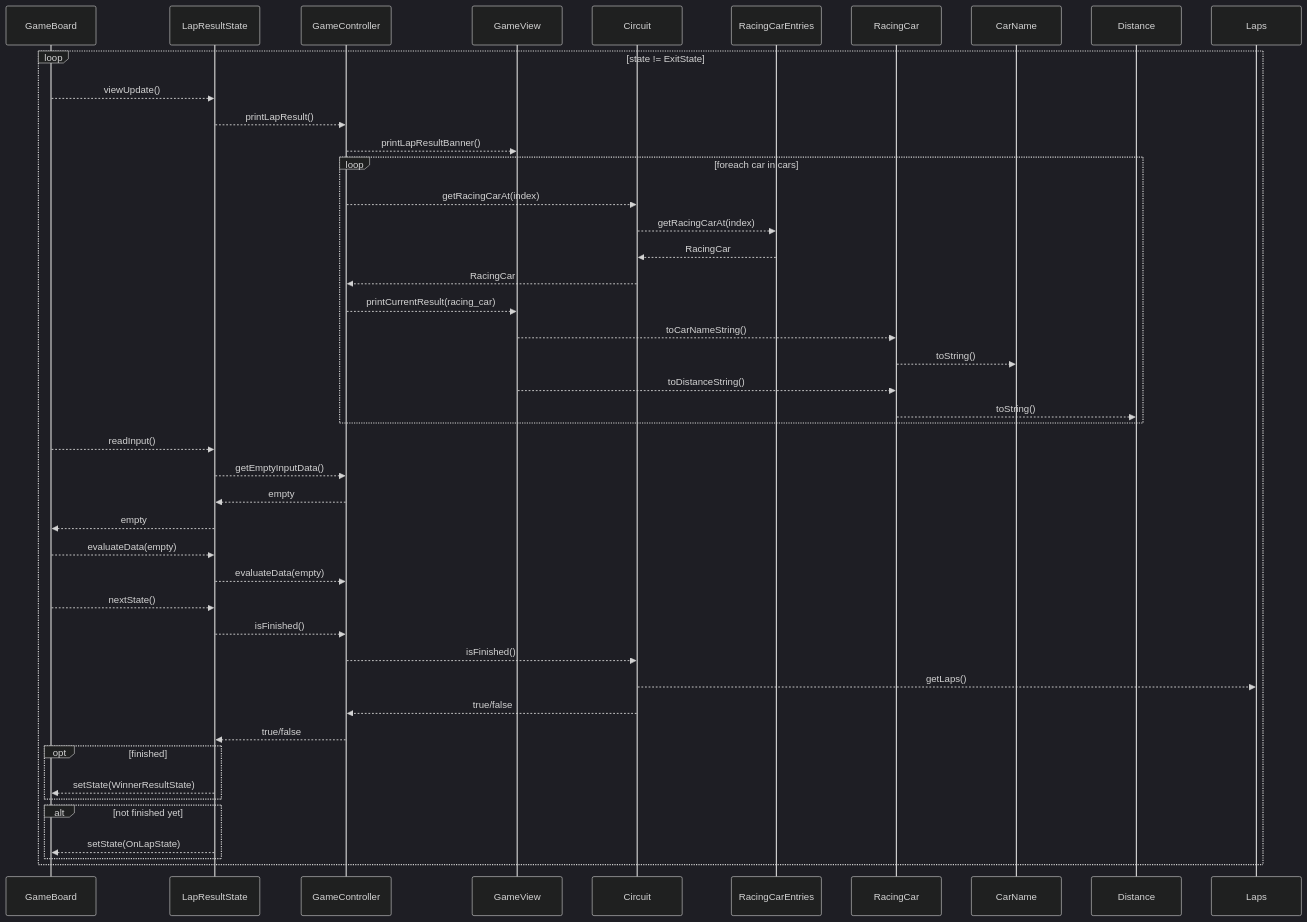
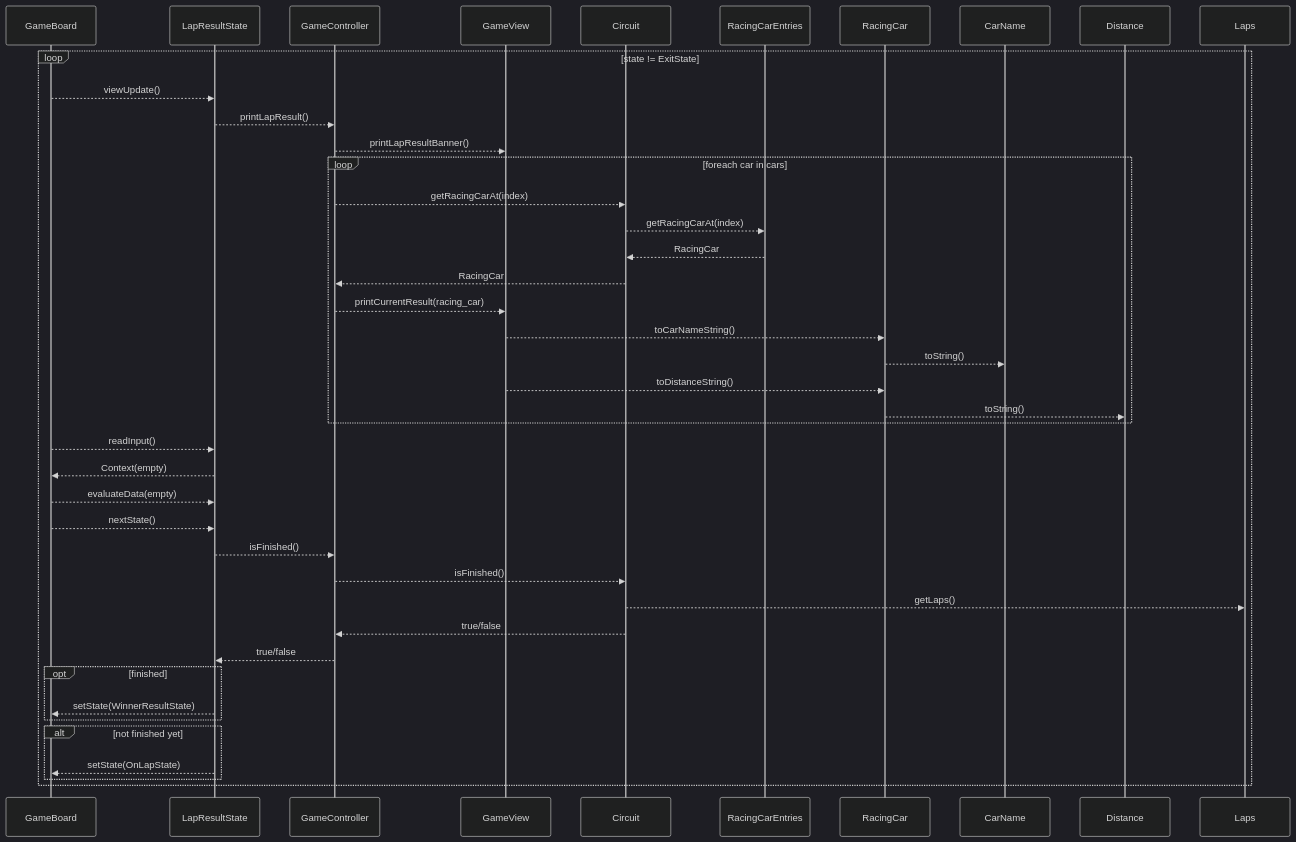
The sixth of 8 diagrams in docs/sequence_diagram.md (digiry/java-racingcar-precourse), drawn with Mermaid (dark theme) before and after one commit. The commit also changed other lines of this file and 2 other files, not shown here.

Commit message:
docs: remove getEmptyInputData

````diff
--- a/docs/sequence_diagram.md
+++ b/docs/sequence_diagram.md
@@ -204,43 +200,40 @@
 ```mermaid
 sequenceDiagram
     loop state != ExitState
         GameBoard -->> LapResultState : viewUpdate()
         LapResultState -->> GameController : printLapResult()
         GameController -->> GameView : printLapResultBanner()
 
         loop foreach car in cars
             GameController -->> Circuit : getRacingCarAt(index)
             Circuit -->> RacingCarEntries : getRacingCarAt(index)
             RacingCarEntries -->> Circuit : RacingCar
             Circuit -->> GameController : RacingCar
             GameController -->> GameView : printCurrentResult(racing_car)
             GameView -->> RacingCar : toCarNameString()
             RacingCar -->> CarName : toString()
             GameView -->> RacingCar : toDistanceString()
             RacingCar -->> Distance : toString()
         end
 
         GameBoard -->> LapResultState : readInput()
-        LapResultState -->> GameController : getEmptyInputData()
-        GameController -->> LapResultState : empty
-        LapResultState -->> GameBoard : empty
+        LapResultState -->> GameBoard : Context(empty)
 
         GameBoard -->> LapResultState : evaluateData(empty)
-        LapResultState -->> GameController : evaluateData(empty)
 
         GameBoard -->> LapResultState : nextState()
         LapResultState -->> GameController : isFinished()
         GameController -->> Circuit : isFinished()
         Circuit -->> Laps : getLaps()
         Circuit -->> GameController : true/false
         GameController -->> LapResultState : true/false
 
         opt finished
             LapResultState -->> GameBoard : setState(WinnerResultState)
         end
 
         alt not finished yet
             LapResultState -->> GameBoard : setState(OnLapState)
         end
     end
 ```
````
